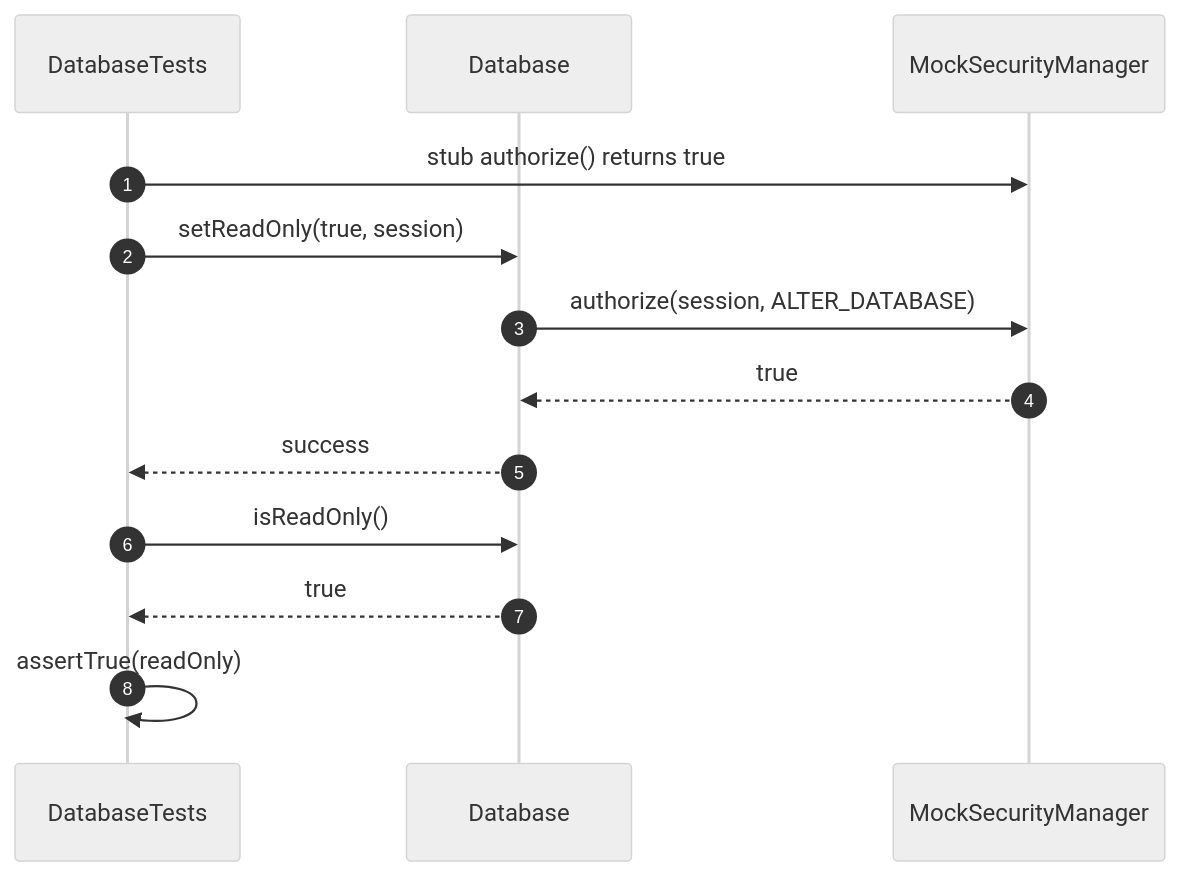
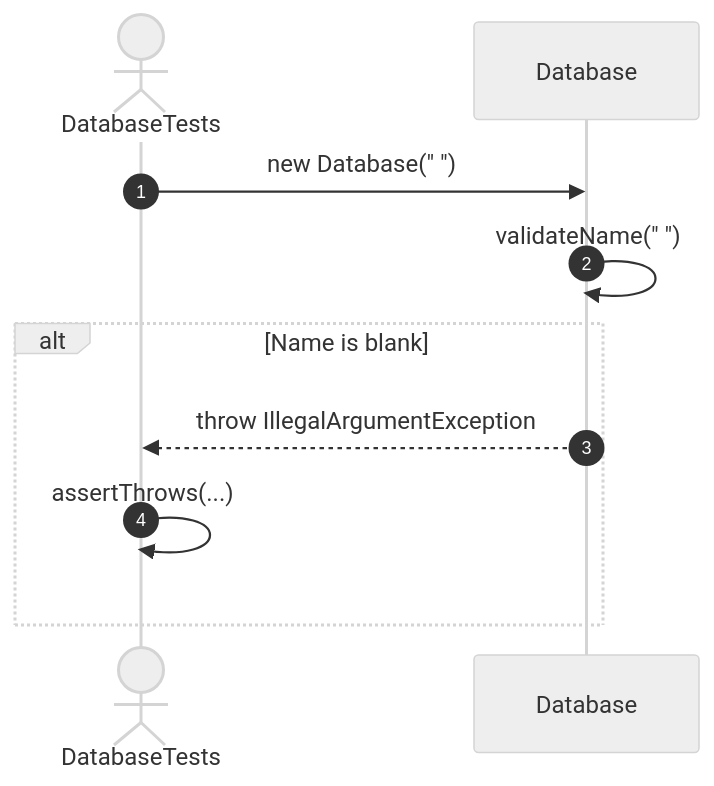
One commit to FhuAnn/-bbv-AN-s-DBMS changed the sixth of 41 diagrams in src/tests/unit/database/sequences/database-testing.se.md. Above: the diagram before and after it, drawn with Mermaid (neutral theme). The commit also changed other lines of this file and 60 other files, not shown here.

````diff
--- a/src/tests/unit/database/sequences/database-testing.se.md
+++ b/src/tests/unit/database/sequences/database-testing.se.md
@@ -136,21 +154,15 @@
 ```mermaid
 sequenceDiagram
     autonumber
 
-    participant Test as DatabaseTests
-    participant Database
-    participant Security as MockSecurityManager
+    actor Test as DatabaseTests
+    participant DB as Database
 
-    Test->>Security: stub authorize() returns true
-    Test->>Database: setReadOnly(true, session)
+    Test->>DB: new Database("   ")
+    DB->>DB: validateName("   ")
 
-    Database->>Security: authorize(session, ALTER_DATABASE)
-    Security-->>Database: true
-
-    Database-->>Test: success
-
-    Test->>Database: isReadOnly()
-    Database-->>Test: true
-
-    Test->>Test: assertTrue(readOnly)
+    alt Name is blank
+        DB-->>Test: throw IllegalArgumentException
+        Test->>Test: assertThrows(...)
+    end
 ```
````
